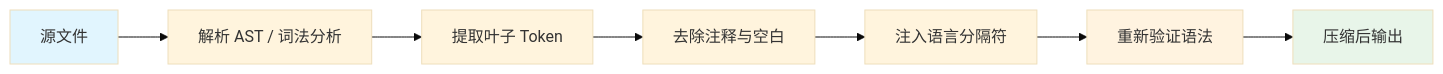
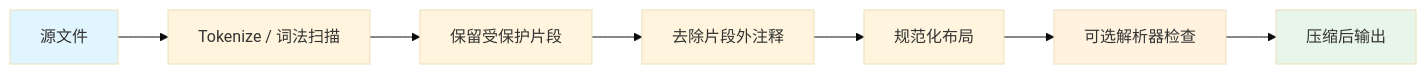
The first of 2 diagrams in README.zh-CN.md (keepkeen/code-minification-skill), drawn with Mermaid (base theme) before and after one commit. The commit also changed other lines of this file and 5 other files, not shown here.

````diff
--- a/README.zh-CN.md
+++ b/README.zh-CN.md
@@ -69,13 +69,13 @@
 ```mermaid
 flowchart LR
-    A[源文件] --> B[解析 AST / 词法分析]
-    B --> C[提取叶子 Token]
-    C --> D[去除注释与空白]
-    D --> E[注入语言分隔符]
-    E --> F[重新验证语法]
+    A[源文件] --> B[Tokenize / 词法扫描]
+    B --> C[保留受保护片段]
+    C --> D[去除片段外注释]
+    D --> E[规范化布局]
+    E --> F[可选解析器检查]
     F --> G[压缩后输出]
     
     style A fill:#e1f5fe
     style G fill:#e8f5e9
     style F fill:#fff3e0
 ```
````
